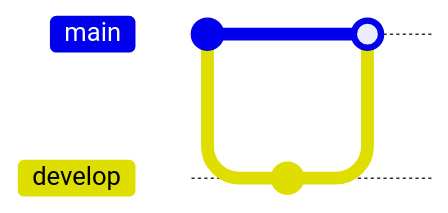
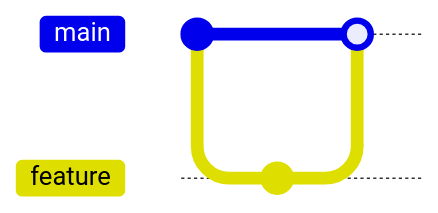
One commit to narumiruna/agent-skills changed the third of 9 diagrams in skills/creating-mermaid-diagrams/references/other-types.md. Above: the diagram before and after it, drawn with Mermaid. The commit also changed other lines of this file and 92 other files, not shown here. Commit ids are hidden.

````diff
--- a/skills/creating-mermaid-diagrams/references/other-types.md
+++ b/skills/creating-mermaid-diagrams/references/other-types.md
@@ -53,9 +33,9 @@
 ```mermaid
 gitGraph
     commit
-    branch develop
-    checkout develop
+    branch feature
+    checkout feature
     commit
     checkout main
-    merge develop
+    merge feature
 ```
````
